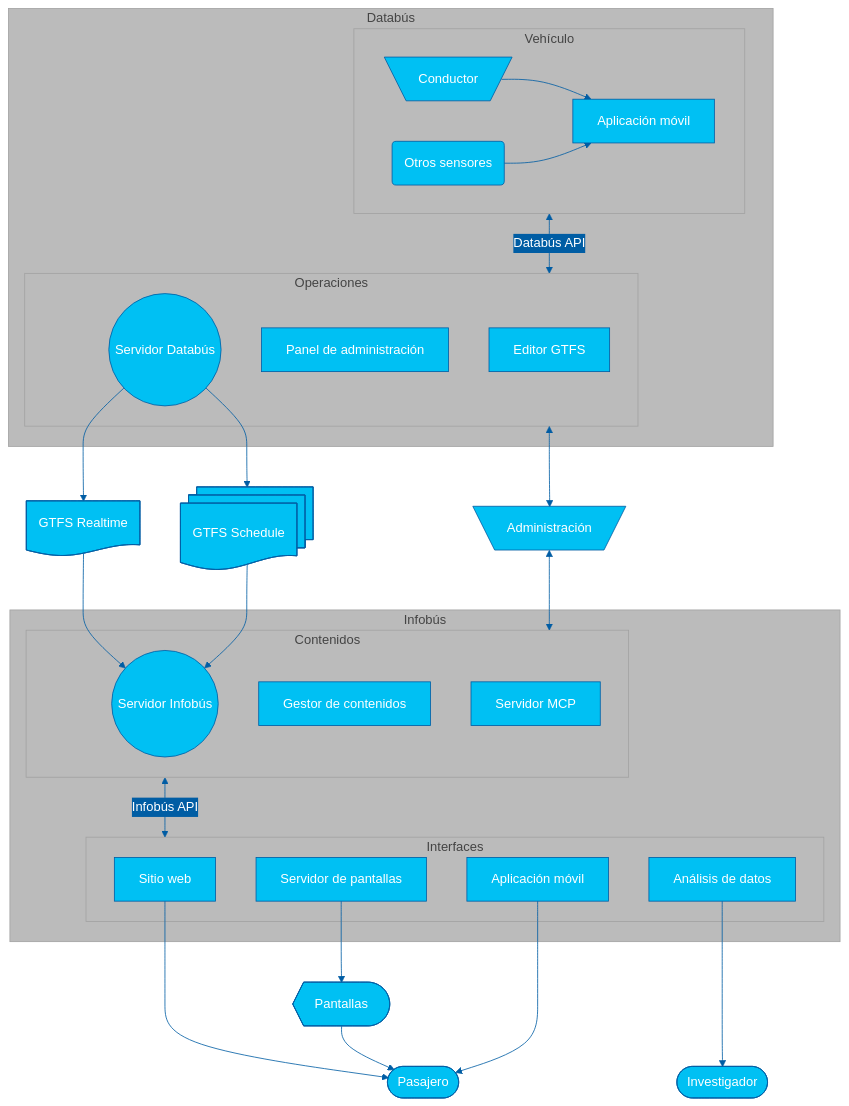
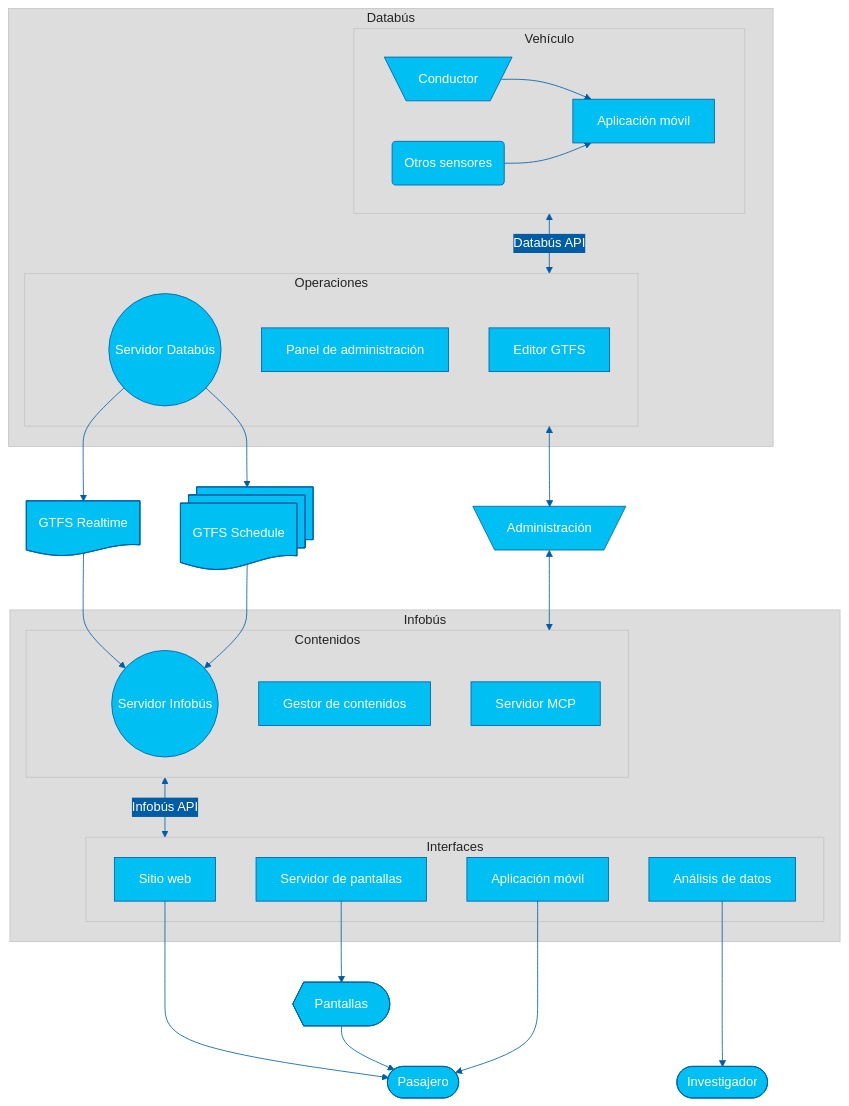
Before and after one commit to simovilab/.github: the diagram in profile/README.md, drawn with Mermaid.

Commit message:
Ajuste del color de fondo (terciario) de Mermaid

````diff
--- a/profile/README.md
+++ b/profile/README.md
@@ -30,71 +30,71 @@
 ```mermaid
 %%{
   init: {
     'theme': 'base',
     'themeVariables': {
       'primaryColor': '#00C0F3',
       'primaryTextColor': '#fff',
       'primaryBorderColor': '#005DA4',
       'lineColor': '#005DA4',
       'secondaryColor': '#005DA4',
-      'tertiaryColor': '#BBBBBB'
+      'tertiaryColor': '#DDDDDD'
     }
   }
 }%%
 flowchart TD
     subgraph Databús
         subgraph Vehículo
             OPE@{ shape: manual, label: "Conductor"}
             SEN@{ shape: event, label: "Otros sensores"}
             OBE[Aplicación móvil]
         end
         subgraph Operaciones
             GTFS[Editor GTFS]
             DCMS[Panel de administración]
             DAT((Servidor Databús))
         end
     end
 
     SC@{ shape: docs, label: "GTFS Schedule"}
     RT@{ shape: doc, label: "GTFS Realtime"}
     ADM@{ shape: manual, label: "Administración"}
 
     subgraph Infobús
         subgraph Contenidos
             INF((Servidor Infobús))
             ICMS[Gestor de contenidos]
             MCP[Servidor MCP]
         end
         subgraph Interfaces
             WEB[Sitio web]
             SSC[Servidor de pantallas]
             APP[Aplicación móvil]
             ANA[Análisis de datos]
         end
 
     end
     SCR@{ shape: display, label: "Pantallas"}
     PAS@{ shape: terminal, label: "Pasajero"}
     RES@{ shape: terminal, label: "Investigador"}
 
 OPE --> OBE
 SEN --> OBE
 Vehículo <--Databús API--> Operaciones
 DAT --> RT
 DAT --> SC
 
 RT --> INF
 SC --> INF
 
 Contenidos <--Infobús API--> Interfaces
 
 WEB --> PAS
 SSC --> SCR
 SCR --> PAS
 APP --> PAS
 ANA ---> RES
 
 Operaciones <--> ADM
 ADM <--> Contenidos
 
 ```
````
